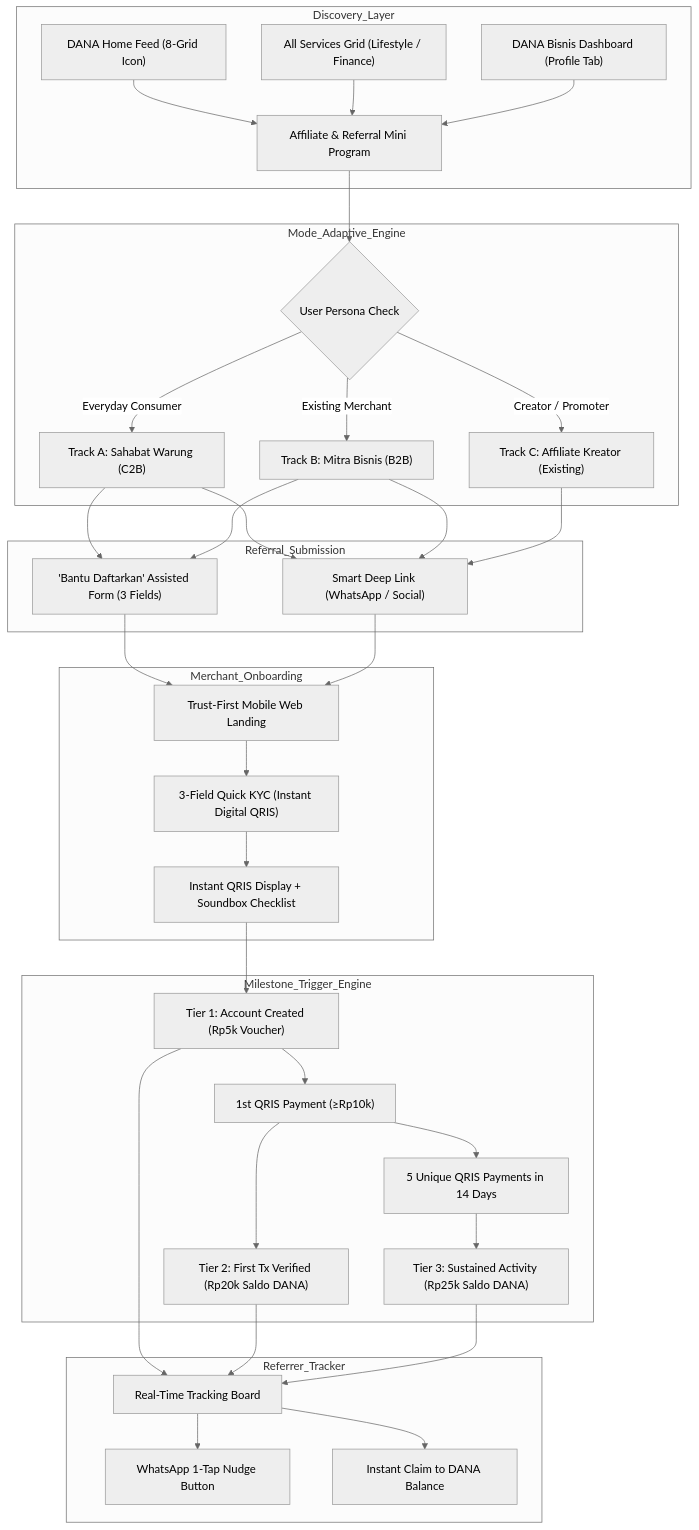
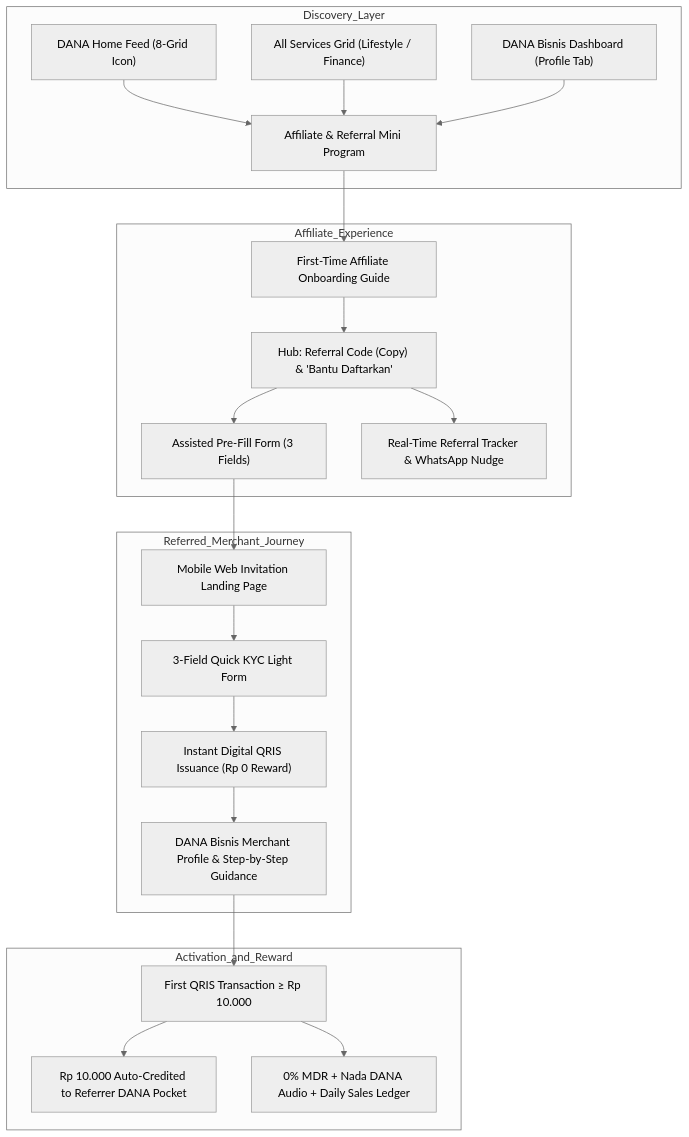
One commit to hafizhnjwn/dana-bisnis-referral changed the first of 2 diagrams in planning.md. Above: the diagram before and after it, drawn with Mermaid (neutral theme). The commit also changed other lines of this file and 7 other files, not shown here.

Commit message:
feat: align referral rewards (Rp0 KYC light, Rp10k on first tx), auto-credit saldo, add first-time affiliate guide and merchant business profile

````diff
--- a/planning.md
+++ b/planning.md
@@ -85,43 +85,28 @@
 ```mermaid
 flowchart TD
     subgraph Discovery_Layer
         D1["DANA Home Feed (8-Grid Icon)"] --> MP["Affiliate & Referral Mini Program"]
         D2["All Services Grid (Lifestyle / Finance)"] --> MP
         D3["DANA Bisnis Dashboard (Profile Tab)"] --> MP
     end
 
-    subgraph Mode_Adaptive_Engine
-        MP --> ModeSwitch{"User Persona Check"}
-        ModeSwitch -- "Everyday Consumer" --> C2B["Track A: Sahabat Warung (C2B)"]
-        ModeSwitch -- "Existing Merchant" --> B2B["Track B: Mitra Bisnis (B2B)"]
-        ModeSwitch -- "Creator / Promoter" --> Creator["Track C: Affiliate Kreator (Existing)"]
+    subgraph Affiliate_Experience
+        MP --> Guide["First-Time Affiliate Onboarding Guide"]
+        Guide --> Hub["Hub: Referral Code (Copy) & 'Bantu Daftarkan'"]
+        Hub --> Nominate["Assisted Pre-Fill Form (3 Fields)"]
+        Hub --> Tracker["Real-Time Referral Tracker & WhatsApp Nudge"]
     end
 
-    subgraph Referral_Submission
-        C2B --> A1["'Bantu Daftarkan' Assisted Form (3 Fields)"]
-        C2B --> A2["Smart Deep Link (WhatsApp / Social)"]
-        B2B --> A1
-        B2B --> A2
-        Creator --> A2
+    subgraph Referred_Merchant_Journey
+        Nominate --> Landing["Mobile Web Invitation Landing Page"]
+        Landing --> KYCLight["3-Field Quick KYC Light Form"]
+        KYCLight --> QRIS["Instant Digital QRIS Issuance (Rp 0 Reward)"]
+        QRIS --> BizProfile["DANA Bisnis Merchant Profile & Step-by-Step Guidance"]
     end
 
-    subgraph Merchant_Onboarding
-        A1 & A2 --> MWL["Trust-First Mobile Web Landing"]
-        MWL --> KYCL["3-Field Quick KYC (Instant Digital QRIS)"]
-        KYCL --> DQR["Instant QRIS Display + Soundbox Checklist"]
-    end
-
-    subgraph Milestone_Trigger_Engine
-        DQR --> M1["Tier 1: Account Created (Rp5k Voucher)"]
-        M1 --> TX1["1st QRIS Payment (≥Rp10k)"]
-        TX1 --> M2["Tier 2: First Tx Verified (Rp20k Saldo DANA)"]
-        TX1 --> TX5["5 Unique QRIS Payments in 14 Days"]
-        TX5 --> M3["Tier 3: Sustained Activity (Rp25k Saldo DANA)"]
-    end
-
-    subgraph Referrer_Tracker
-        M1 & M2 & M3 --> RTB["Real-Time Tracking Board"]
-        RTB --> Nudge["WhatsApp 1-Tap Nudge Button"]
-        RTB --> Claim["Instant Claim to DANA Balance"]
+    subgraph Activation_and_Reward
+        BizProfile --> Tx1["First QRIS Transaction ≥ Rp 10.000"]
+        Tx1 --> AutoCredit["Rp 10.000 Auto-Credited to Referrer DANA Pocket"]
+        Tx1 --> MerchantBenefit["0% MDR + Nada DANA Audio + Daily Sales Ledger"]
     end
 ```
````
